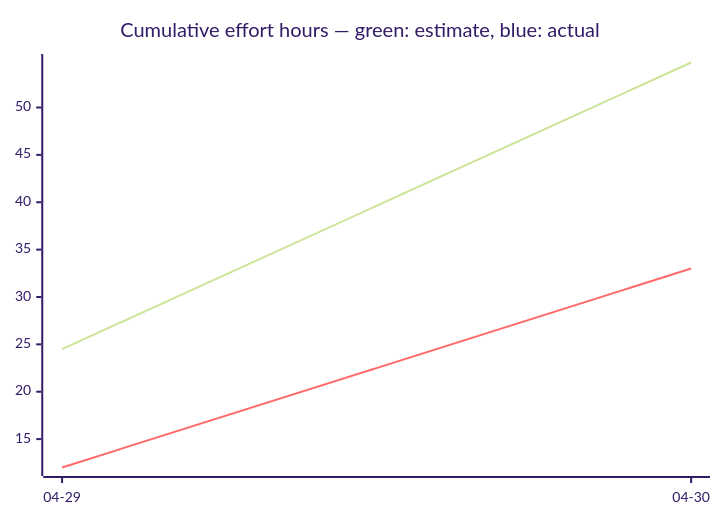
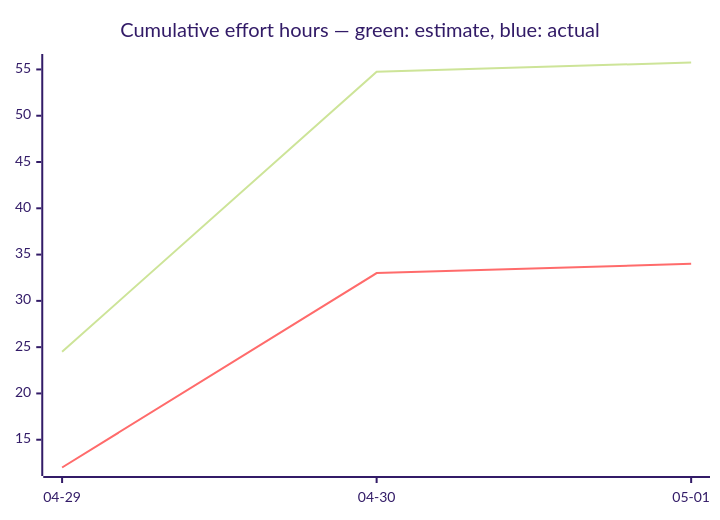
Before and after one commit to tgd1975/AwesomeStudioPedal: the third of 3 diagrams in docs/developers/tasks/OVERVIEW.md, drawn with Mermaid (forest theme). The commit also changed other lines of this file and 9 other files, not shown here.

````diff
--- a/docs/developers/tasks/OVERVIEW.md
+++ b/docs/developers/tasks/OVERVIEW.md
@@ -38,7 +38,7 @@
 ```mermaid
 xychart-beta
     title "Cumulative effort hours — green: estimate, blue: actual"
-    x-axis ["04-29", "04-30"]
-    line [24.5, 54.75]
-    line [12, 33]
+    x-axis ["04-29", "04-30", "05-01"]
+    line [24.5, 54.75, 55.75]
+    line [12, 33, 34]
 ```
````
